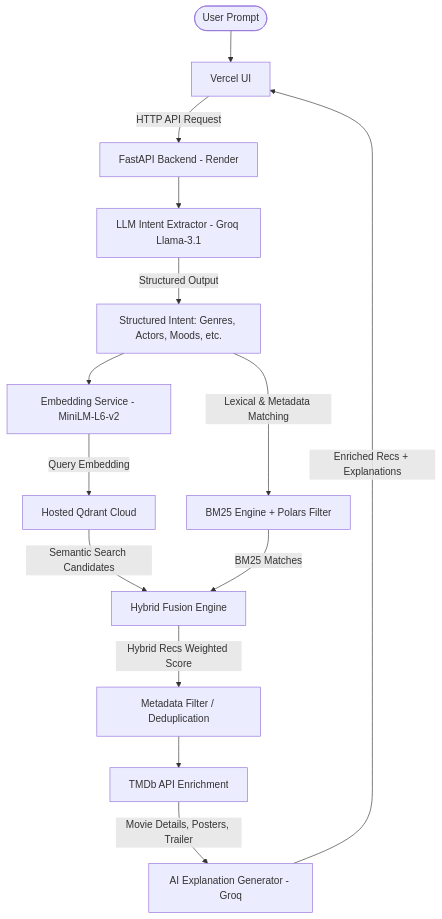
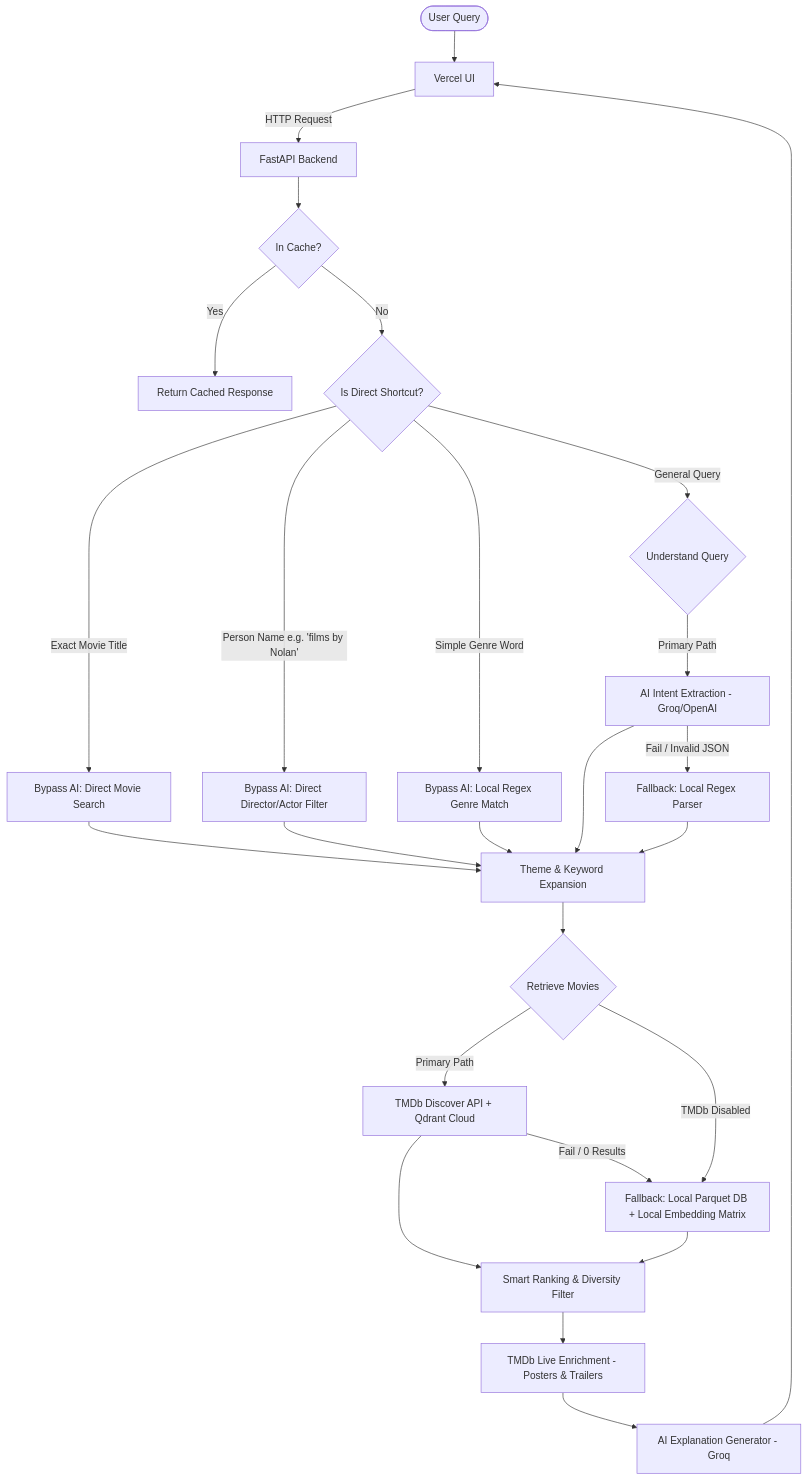
Before and after one commit to Manthan-Railkar/ChitraAI: the second of 2 diagrams in README.md, drawn with Mermaid. The commit also changed other lines of this file and 1 other file, not shown here.

````diff
--- a/README.md
+++ b/README.md
@@ -86,16 +87,33 @@
 ```mermaid
 graph TD
-    User([User Prompt]) --> Frontend[Vercel UI]
-    Frontend -->|HTTP API Request| Backend[FastAPI Backend - Render]
-    Backend --> Intent[LLM Intent Extractor - Groq Llama-3.1]
-    Intent -->|Structured Output| StructIntent[Structured Intent: Genres, Actors, Moods, etc.]
-    StructIntent --> Embed[Embedding Service - MiniLM-L6-v2]
-    Embed -->|Query Embedding| Qdrant[Hosted Qdrant Cloud]
-    Qdrant -->|Semantic Search Candidates| Fusion[Hybrid Fusion Engine]
-    StructIntent -->|Lexical & Metadata Matching| BM25[BM25 Engine + Polars Filter]
-    BM25 -->|BM25 Matches| Fusion
-    Fusion -->|Hybrid Recs Weighted Score| Metadata[Metadata Filter / Deduplication]
-    Metadata --> TMDb[TMDb API Enrichment]
-    TMDb -->|Movie Details, Posters, Trailer| Explain[AI Explanation Generator - Groq]
-    Explain -->|Enriched Recs + Explanations| Frontend
+    User([User Query]) --> UI[Vercel UI]
+    UI -->|HTTP Request| Backend[FastAPI Backend]
+    
+    %% Cache & Shortcut Checks
+    Backend --> Cache{In Cache?}
+    Cache -- Yes --> ReturnCache[Return Cached Response]
+    Cache -- No --> Shortcut{Is Direct Shortcut?}
+    
+    Shortcut -- Exact Movie Title --> LookupBypass[Bypass AI: Direct Movie Search]
+    Shortcut -- Person Name e.g. 'films by Nolan' --> PersonBypass[Bypass AI: Direct Director/Actor Filter]
+    Shortcut -- Simple Genre Word --> HeuristicBypass[Bypass AI: Local Regex Genre Match]
+    
+    %% Intent Extraction
+    Shortcut -- General Query --> IntentExtractor{Understand Query}
+    IntentExtractor -- Primary Path --> LLM[AI Intent Extraction - Groq/OpenAI]
+    LLM -- Fail / Invalid JSON --> HeuristicFallback[Fallback: Local Regex Parser]
+    
+    %% Candidate Retrieval
+    LookupBypass & PersonBypass & HeuristicBypass & LLM & HeuristicFallback --> ThemeExpansion[Theme & Keyword Expansion]
+    ThemeExpansion --> Retrieval{Retrieve Movies}
+    
+    Retrieval -- Primary Path --> TMDbDiscover[TMDb Discover API + Qdrant Cloud]
+    TMDbDiscover -- Fail / 0 Results --> LocalEngine[Fallback: Local Parquet DB + Local Embedding Matrix]
+    Retrieval -- TMDb Disabled --> LocalEngine
+    
+    %% Ranking & Enrichment
+    TMDbDiscover & LocalEngine --> SmartRanking[Smart Ranking & Diversity Filter]
+    SmartRanking --> Enrichment[TMDb Live Enrichment - Posters & Trailers]
+    Enrichment --> Explanations[AI Explanation Generator - Groq]
+    Explanations --> UI
 ```
````
